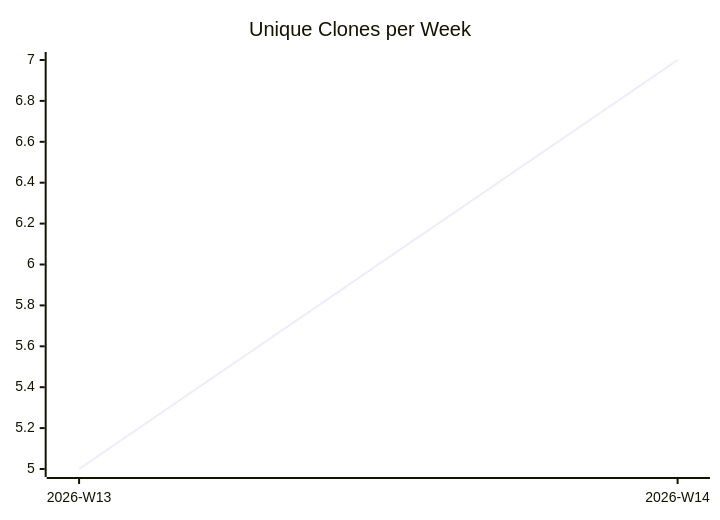
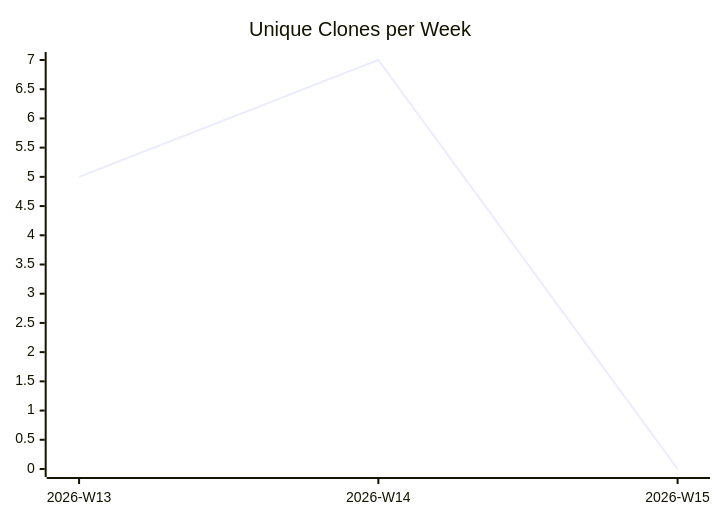
The third of 3 diagrams in karlmdavis/ansible-role-jenkins2/README.md (justdavis-family/github-analytics-data), drawn with Mermaid before and after one commit. The commit also changed other lines of this file and 190 other files, not shown here.

````diff
--- a/karlmdavis/ansible-role-jenkins2/README.md
+++ b/karlmdavis/ansible-role-jenkins2/README.md
@@ -19,6 +19,6 @@
 ```mermaid
 xychart-beta
   title "Unique Clones per Week"
-  x-axis ["2026-W13", "2026-W14"]
-  line [5, 7]
+  x-axis ["2026-W13", "2026-W14", "2026-W15"]
+  line [5, 7, 0]
 ```
````
